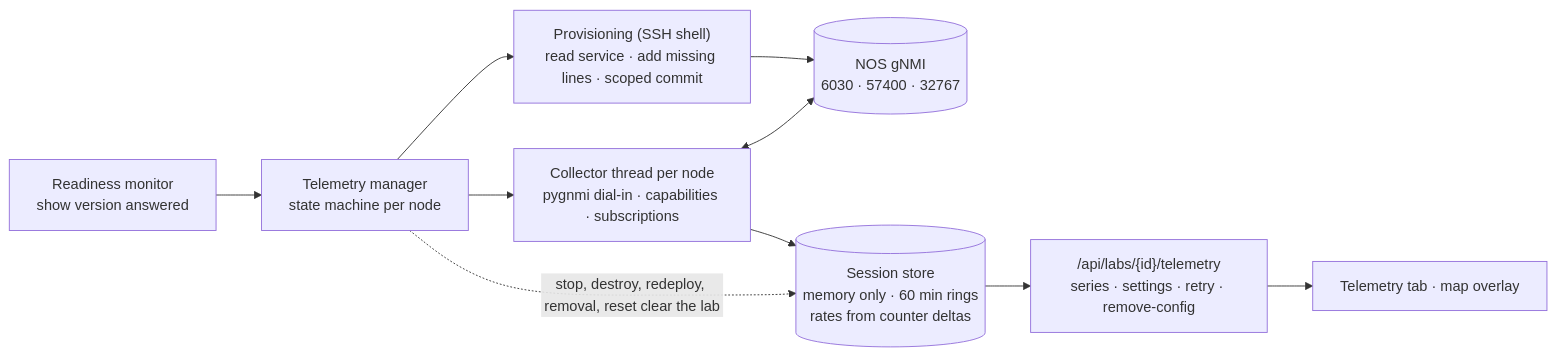
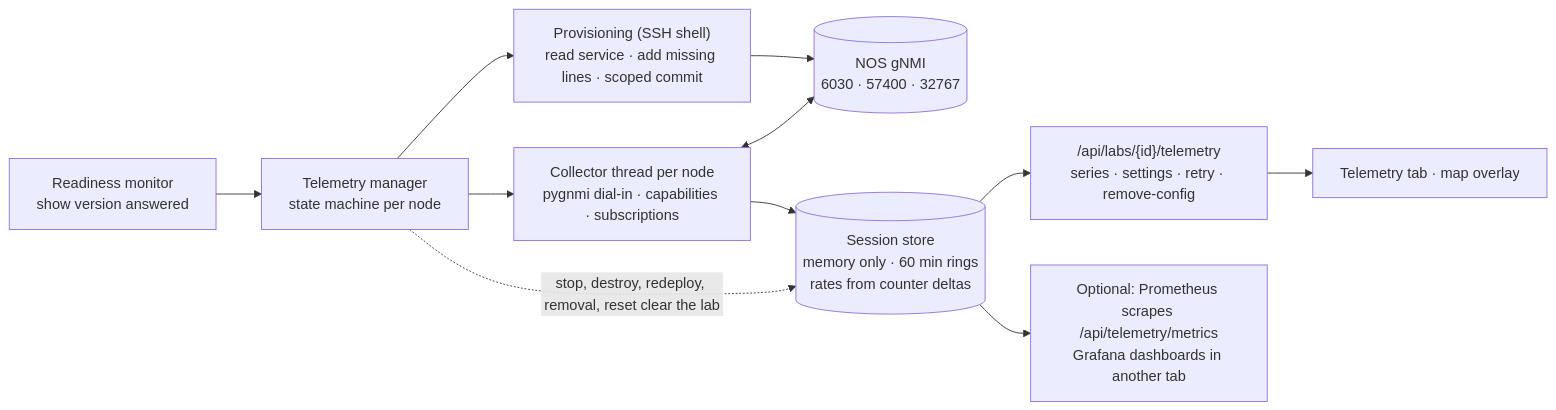
One commit to ArchRuger/CLAB-BACKUP-WORKER-v2 changed the fourth of 5 diagrams in docs/ARCHITECTURE.md. Above: the diagram before and after it, drawn with Mermaid. The commit also changed other lines of this file and 31 other files, not shown here.

First line of the commit message:
Use plain-text gRPC on XRv9k and add optional Grafana dashboards

````diff
--- a/docs/ARCHITECTURE.md
+++ b/docs/ARCHITECTURE.md
@@ -102,15 +102,17 @@
 ```mermaid
 flowchart LR
     R["Readiness monitor<br/>show version answered"]
     T["Telemetry manager<br/>state machine per node"]
     P["Provisioning (SSH shell)<br/>read service · add missing lines · scoped commit"]
     C["Collector thread per node<br/>pygnmi dial-in · capabilities · subscriptions"]
     S[("Session store<br/>memory only · 60 min rings<br/>rates from counter deltas")]
     A["/api/labs/{id}/telemetry<br/>series · settings · retry · remove-config"]
     U["Telemetry tab · map overlay"]
+    G["Optional: Prometheus scrapes /api/telemetry/metrics<br/>Grafana dashboards in another tab"]
     N[("NOS gNMI<br/>6030 · 57400 · 32767")]
     R --> T --> P --> N
     T --> C <--> N
     C --> S --> A --> U
+    S --> G
     T -. "stop, destroy, redeploy, removal, reset clear the lab" .-> S
 ```
````
